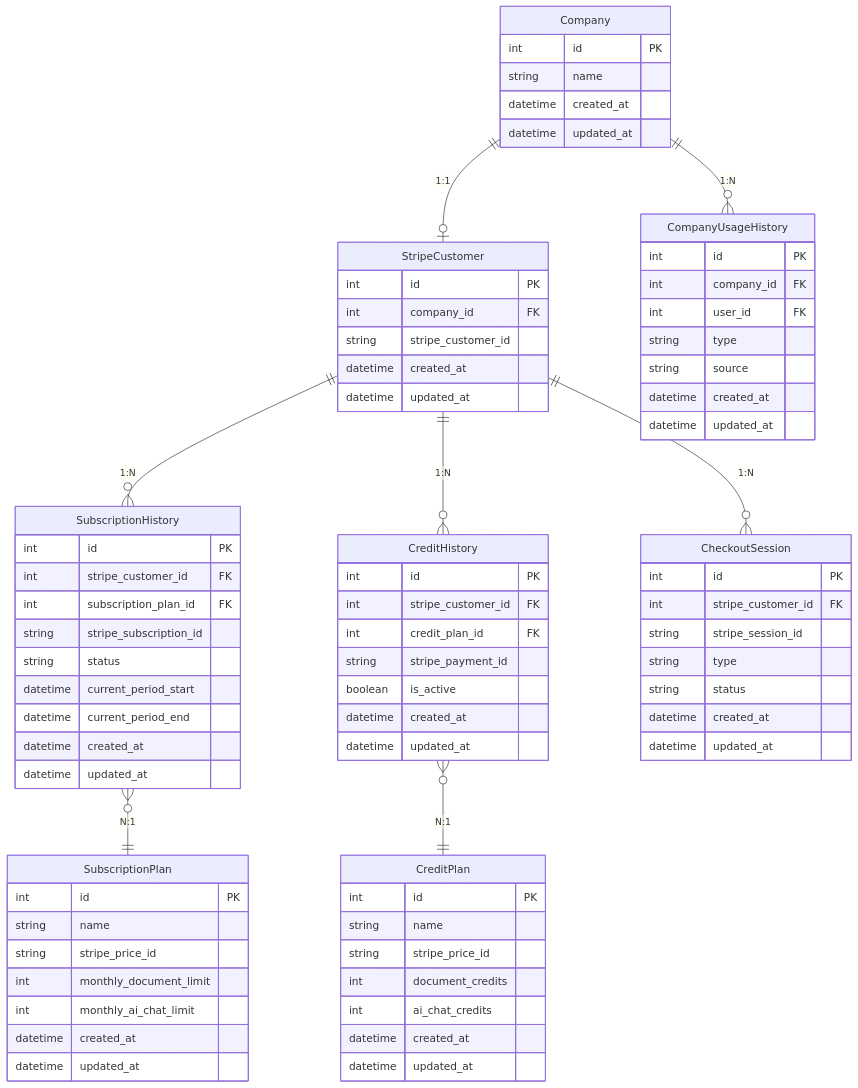
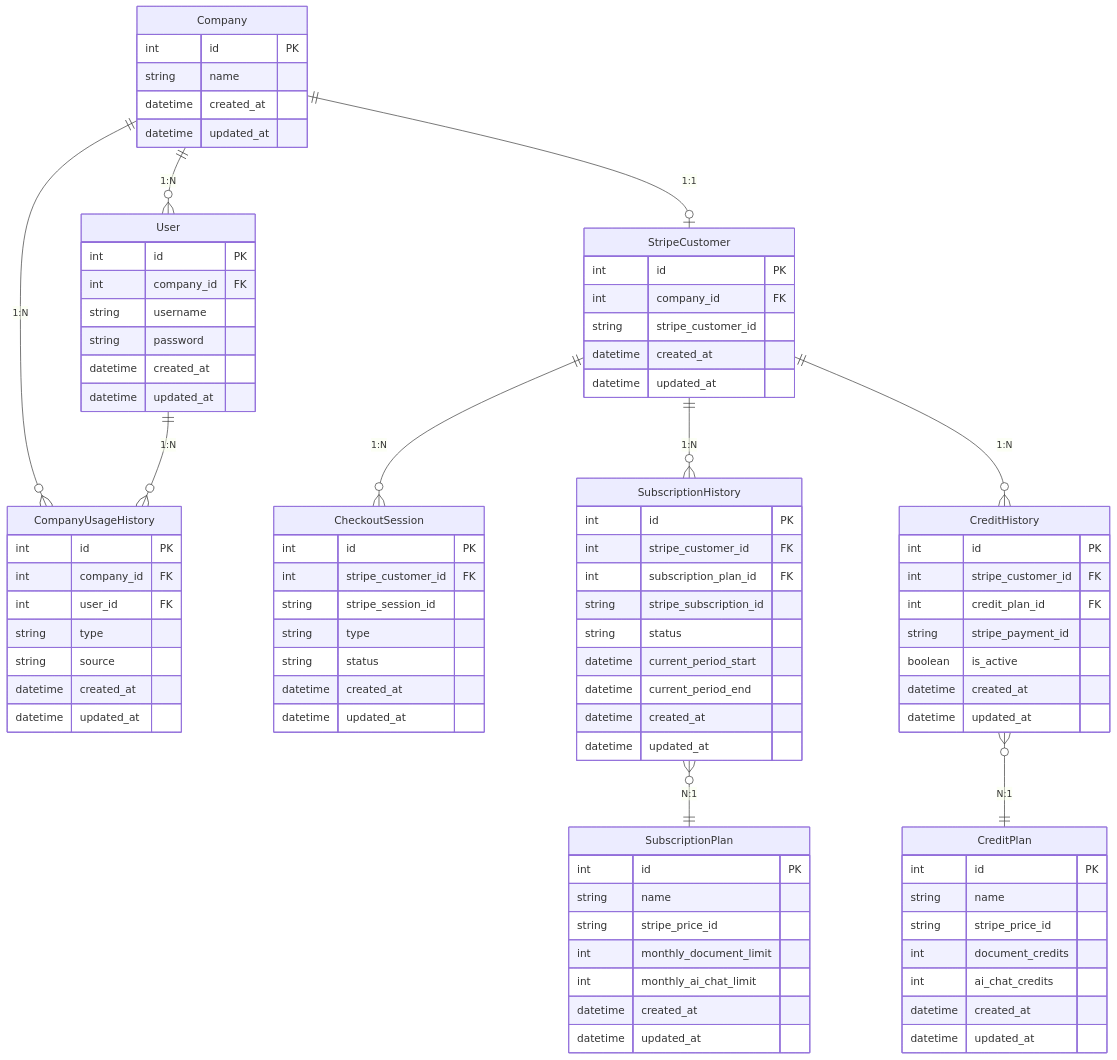
Before and after one commit to suzuki-tomok/payment-core: the diagram in docs/er-diagram.md, drawn with Mermaid. The commit also changed other lines of this file and 4 other files, not shown here.

First line of the commit message:
feat: Userモデル追加とER図更新

````diff
--- a/docs/er-diagram.md
+++ b/docs/er-diagram.md
@@ -3,12 +3,23 @@
 ```mermaid
 erDiagram
+    Company ||--o{ User : "1:N"
     Company ||--o| StripeCustomer : "1:1"
+    Company ||--o{ CompanyUsageHistory : "1:N"
+    User ||--o{ CompanyUsageHistory : "1:N"
+    StripeCustomer ||--o{ CheckoutSession : "1:N"
     StripeCustomer ||--o{ SubscriptionHistory : "1:N"
     SubscriptionHistory }o--|| SubscriptionPlan : "N:1"
-    Company ||--o{ CompanyUsageHistory : "1:N"
     StripeCustomer ||--o{ CreditHistory : "1:N"
     CreditHistory }o--|| CreditPlan : "N:1"
-    StripeCustomer ||--o{ CheckoutSession : "1:N"
+
+    User {
+        int id PK
+        int company_id FK
+        string username
+        string password
+        datetime created_at
+        datetime updated_at
+    }
 
     Company {
         int id PK
@@ -25,12 +36,22 @@
         datetime updated_at
     }
 
-    SubscriptionPlan {
+    CompanyUsageHistory {
         int id PK
-        string name
-        string stripe_price_id
-        int monthly_document_limit
-        int monthly_ai_chat_limit
+        int company_id FK
+        int user_id FK
+        string type
+        string source
+        datetime created_at
+        datetime updated_at
+    }
+
+    CheckoutSession {
+        int id PK
+        int stripe_customer_id FK
+        string stripe_session_id
+        string type
+        string status
         datetime created_at
         datetime updated_at
     }
@@ -47,22 +68,12 @@
         datetime updated_at
     }
 
-    CompanyUsageHistory {
-        int id PK
-        int company_id FK
-        int user_id FK
-        string type
-        string source
-        datetime created_at
-        datetime updated_at
-    }
-
-    CreditPlan {
+    SubscriptionPlan {
         int id PK
         string name
         string stripe_price_id
-        int document_credits
-        int ai_chat_credits
+        int monthly_document_limit
+        int monthly_ai_chat_limit
         datetime created_at
         datetime updated_at
     }
@@ -77,12 +88,12 @@
         datetime updated_at
     }
 
-    CheckoutSession {
+    CreditPlan {
         int id PK
-        int stripe_customer_id FK
-        string stripe_session_id
-        string type
-        string status
+        string name
+        string stripe_price_id
+        int document_credits
+        int ai_chat_credits
         datetime created_at
         datetime updated_at
     }
````
